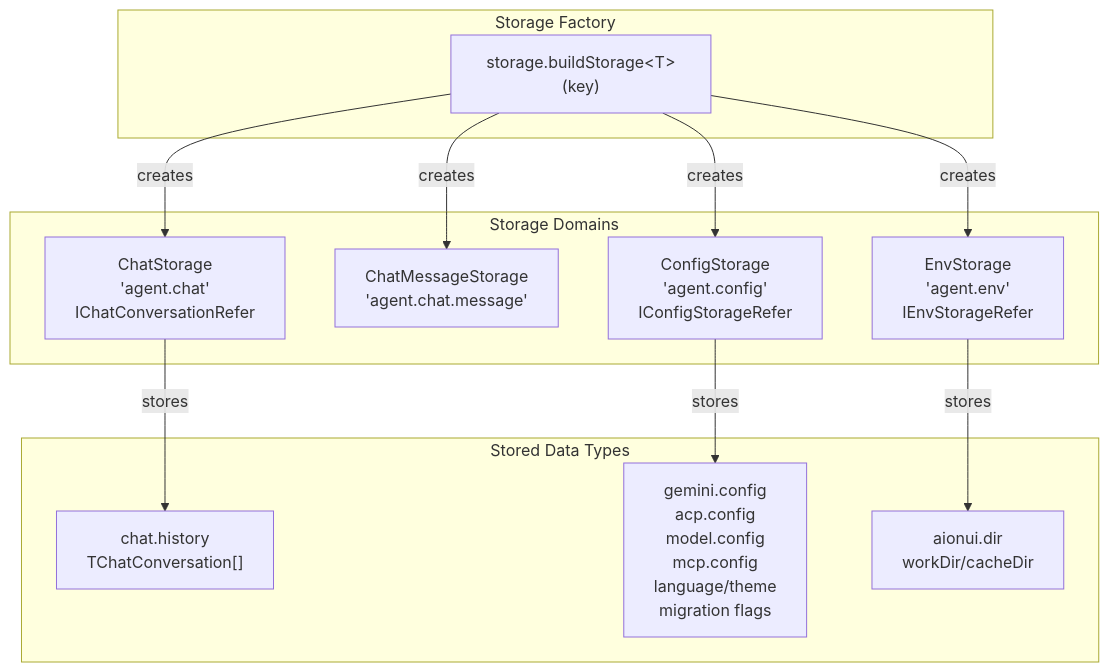
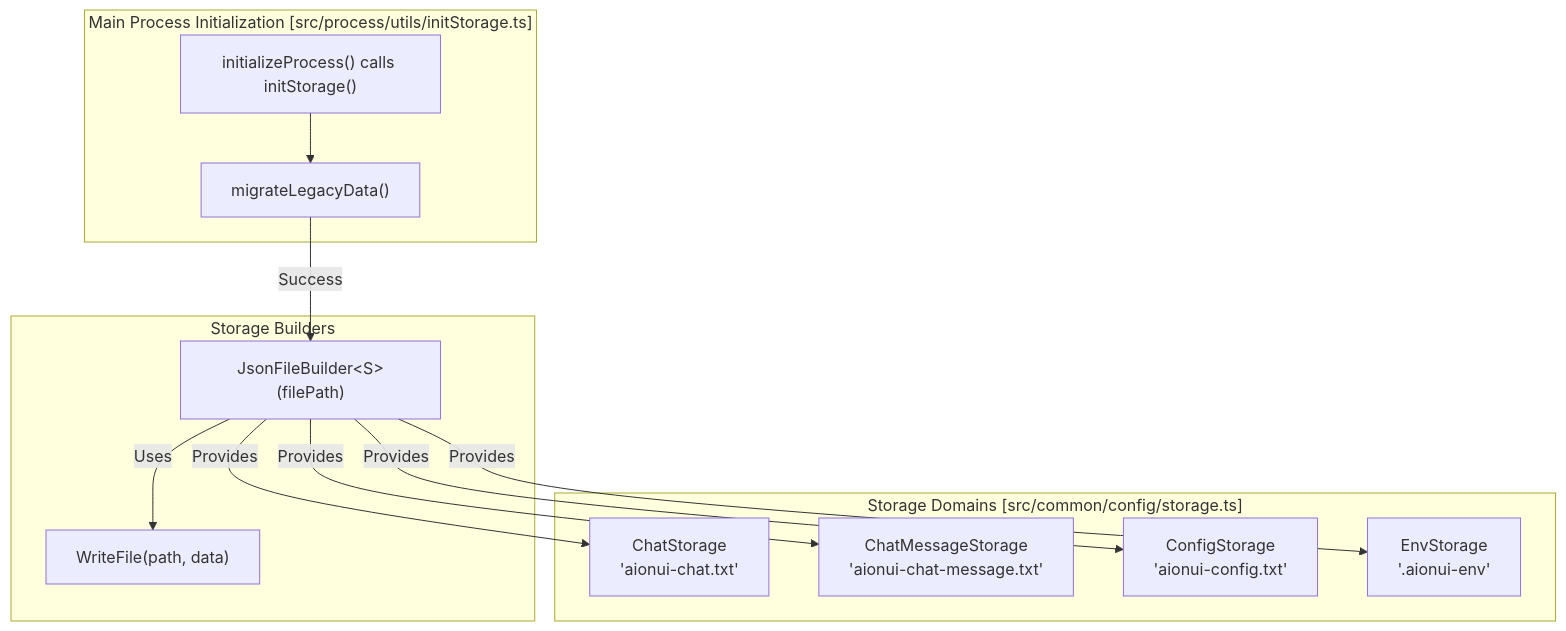
Before and after one commit to blackcater/zentree: the first of 2 diagrams in docs/iOfficeAI_AionUi/architecture/storage-system.md, drawn with Mermaid. The commit also changed other lines of this file and 232 other files, not shown here.

````diff
--- a/docs/iOfficeAI_AionUi/architecture/storage-system.md
+++ b/docs/iOfficeAI_AionUi/architecture/storage-system.md
@@ -28,28 +58,27 @@
 ```mermaid
 graph TB
-    subgraph "Storage Factory"
-        FACTORY["storage.buildStorage&lt;T&gt;(key)"]
+    subgraph "Main Process Initialization [src/process/utils/initStorage.ts]"
+        INIT["initializeProcess() calls initStorage()"]
+        MIGRATE["migrateLegacyData()"]
+    end
+    
+    subgraph "Storage Builders"
+        WRITE["WriteFile(path, data)"]
+        JSONBUILDER["JsonFileBuilder&lt;S&gt;(filePath)"]
     end
 
-    subgraph "Storage Domains"
-        CHAT["ChatStorage<br/>'agent.chat'<br/>IChatConversationRefer"]
-        MSG["ChatMessageStorage<br/>'agent.chat.message'"]
-        CONFIG["ConfigStorage<br/>'agent.config'<br/>IConfigStorageRefer"]
-        ENV["EnvStorage<br/>'agent.env'<br/>IEnvStorageRefer"]
+    subgraph "Storage Domains [src/common/config/storage.ts]"
+        CHAT["ChatStorage<br/>'aionui-chat.txt'"]
+        MSG["ChatMessageStorage<br/>'aionui-chat-message.txt'"]
+        CONFIG["ConfigStorage<br/>'aionui-config.txt'"]
+        ENV["EnvStorage<br/>'.aionui-env'"]
     end
-
-    subgraph "Stored Data Types"
-        CHATDATA["chat.history<br/>TChatConversation[]"]
-        CONFIGDATA["gemini.config<br/>acp.config<br/>model.config<br/>mcp.config<br/>language/theme<br/>migration flags"]
-        ENVDATA["aionui.dir<br/>workDir/cacheDir"]
-    end
-
-    FACTORY -->|creates| CHAT
-    FACTORY -->|creates| MSG
-    FACTORY -->|creates| CONFIG
-    FACTORY -->|creates| ENV
-
-    CHAT -->|stores| CHATDATA
-    CONFIG -->|stores| CONFIGDATA
-    ENV -->|stores| ENVDATA
+    
+    INIT --> MIGRATE
+    MIGRATE -->|Success| JSONBUILDER
+    JSONBUILDER -->|Uses| WRITE
+    JSONBUILDER -->|Provides| CHAT
+    JSONBUILDER -->|Provides| MSG
+    JSONBUILDER -->|Provides| CONFIG
+    JSONBUILDER -->|Provides| ENV
 ```
````
